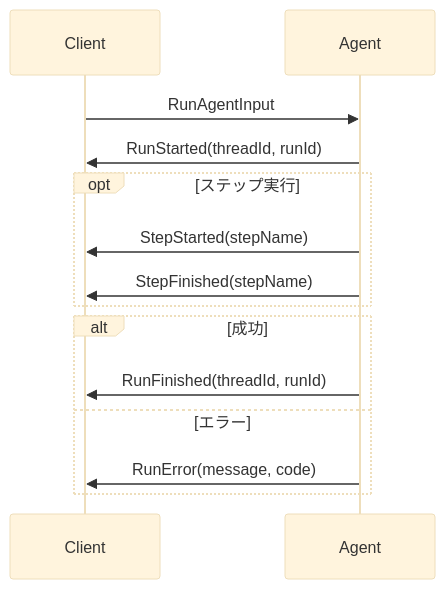
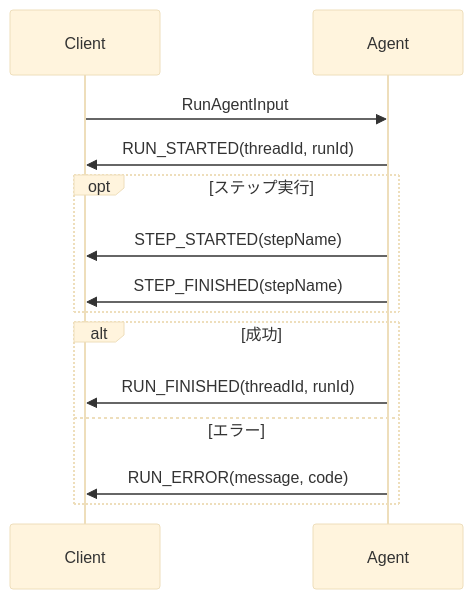
One commit to yoichiozaki/yoichiozaki.github.io changed the fourth of 12 diagrams in content/blog/ja/ag-ui-protocol.mdx. Above: the diagram before and after it, drawn with Mermaid (base theme). The commit also changed other lines of this file and 88 other files, not shown here.

````diff
--- a/content/blog/ja/ag-ui-protocol.mdx
+++ b/content/blog/ja/ag-ui-protocol.mdx
@@ -214,16 +219,16 @@
 ```mermaid
 sequenceDiagram
     participant C as Client
     participant A as Agent
     C->>A: RunAgentInput
-    A->>C: RunStarted(threadId, runId)
+    A->>C: RUN_STARTED(threadId, runId)
     opt ステップ実行
-        A->>C: StepStarted(stepName)
-        A->>C: StepFinished(stepName)
+        A->>C: STEP_STARTED(stepName)
+        A->>C: STEP_FINISHED(stepName)
     end
     alt 成功
-        A->>C: RunFinished(threadId, runId)
+        A->>C: RUN_FINISHED(threadId, runId)
     else エラー
-        A->>C: RunError(message, code)
+        A->>C: RUN_ERROR(message, code)
     end
 ```
````
